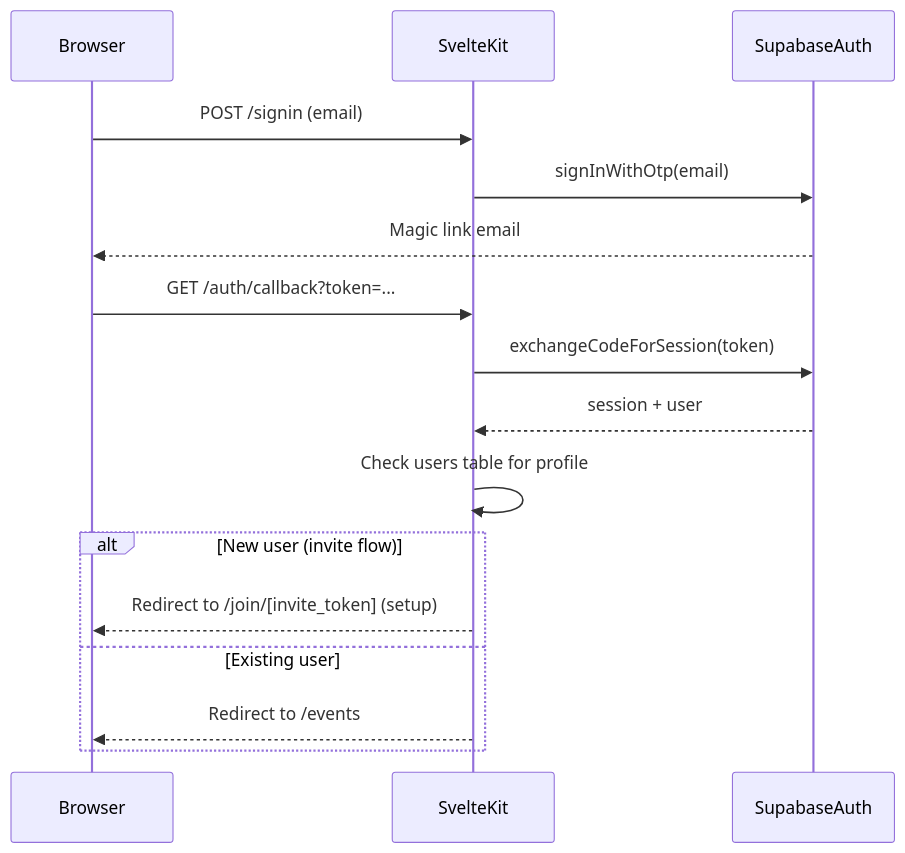
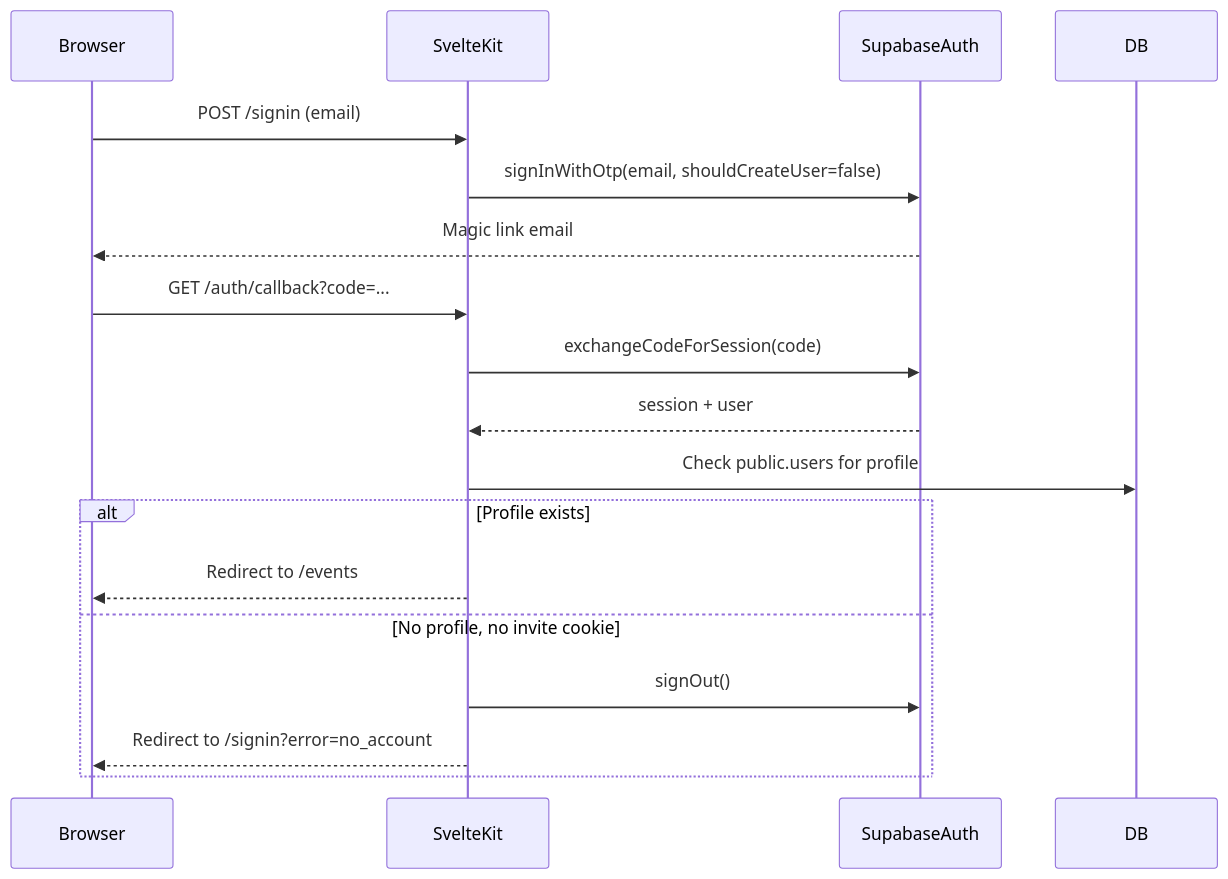
One commit to cbuchert/tool-club changed the fourth of 7 diagrams in ARCHITECTURE.md. Above: the diagram before and after it, drawn with Mermaid. The commit also changed other lines of this file and 2 other files, not shown here.

First line of the commit message:
docs: sync architecture and agents files with current state

````diff
--- a/ARCHITECTURE.md
+++ b/ARCHITECTURE.md
@@ -402,20 +415,21 @@
 ```mermaid
 sequenceDiagram
   participant Browser
   participant SvelteKit
   participant SupabaseAuth
 
   Browser->>SvelteKit: POST /signin (email)
-  SvelteKit->>SupabaseAuth: signInWithOtp(email)
+  SvelteKit->>SupabaseAuth: signInWithOtp(email, shouldCreateUser=false)
   SupabaseAuth-->>Browser: Magic link email
 
-  Browser->>SvelteKit: GET /auth/callback?token=...
-  SvelteKit->>SupabaseAuth: exchangeCodeForSession(token)
+  Browser->>SvelteKit: GET /auth/callback?code=...
+  SvelteKit->>SupabaseAuth: exchangeCodeForSession(code)
   SupabaseAuth-->>SvelteKit: session + user
-  SvelteKit->>SvelteKit: Check users table for profile
-  alt New user (invite flow)
-    SvelteKit-->>Browser: Redirect to /join/[invite_token] (setup)
-  else Existing user
+  SvelteKit->>DB: Check public.users for profile
+  alt Profile exists
     SvelteKit-->>Browser: Redirect to /events
+  else No profile, no invite cookie
+    SvelteKit->>SupabaseAuth: signOut()
+    SvelteKit-->>Browser: Redirect to /signin?error=no_account
   end
 ```
````
